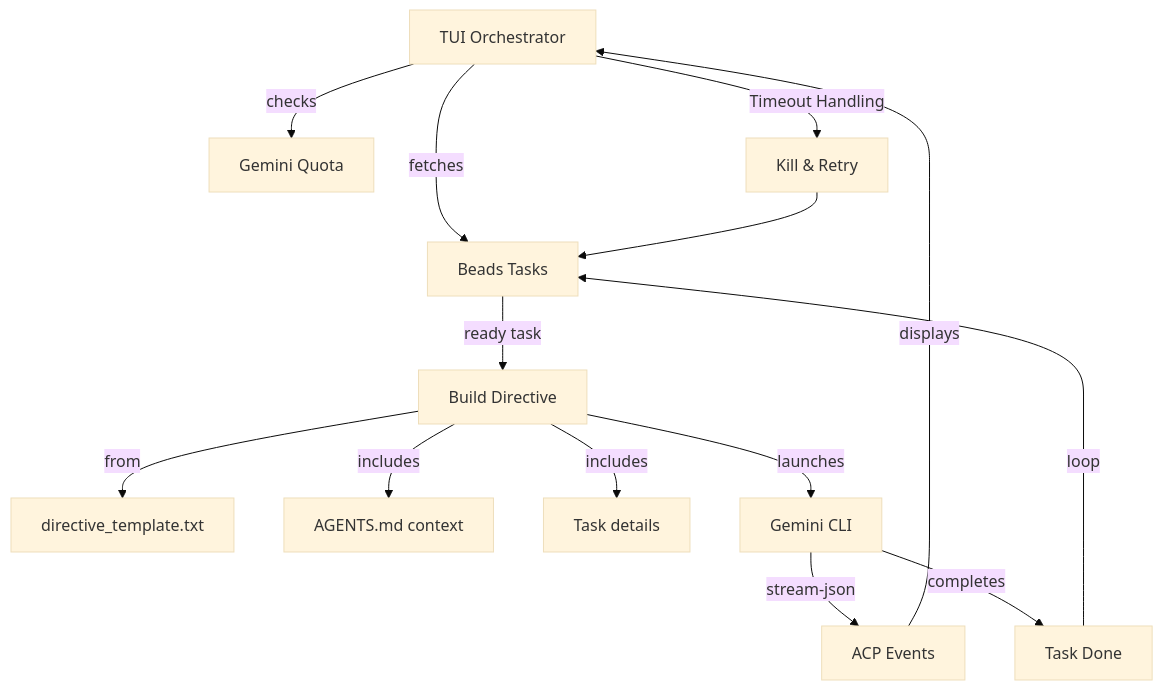
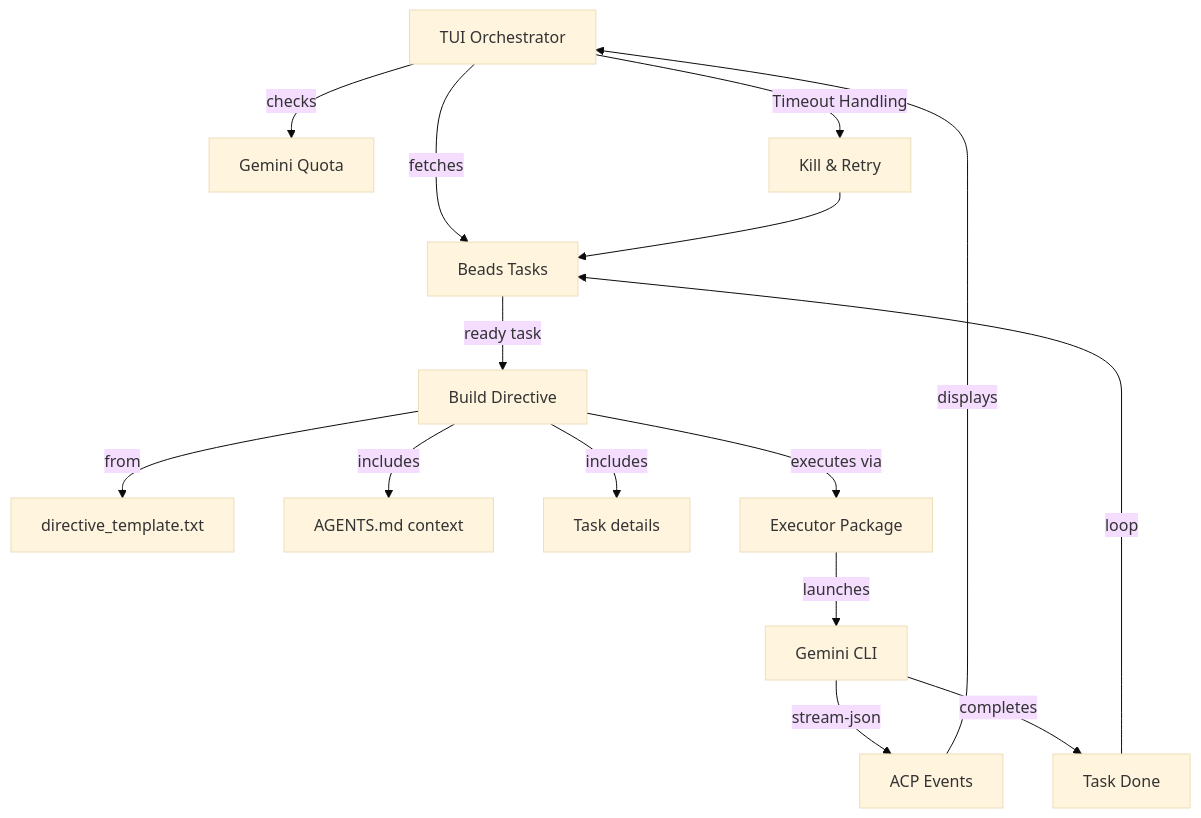
Before and after one commit to bryantinsley/machinator: the diagram in v2-docs/README.md, drawn with Mermaid (base theme). The commit also changed other lines of this file, not shown here.

Commit message:
docs: update v2 README with bazel commands and new architecture details

````diff
--- a/v2-docs/README.md
+++ b/v2-docs/README.md
@@ -54,20 +70,21 @@
 ```mermaid
 graph TD
     A[TUI Orchestrator] -->|fetches| B[Beads Tasks]
     A -->|checks| C[Gemini Quota]
 
     B -->|ready task| D[Build Directive]
     D -->|from| E[directive_template.txt]
     D -->|includes| F[AGENTS.md context]
     D -->|includes| G[Task details]
 
-    D -->|launches| H[Gemini CLI]
+    D -->|executes via| EX[Executor Package]
+    EX -->|launches| H[Gemini CLI]
     H -->|stream-json| I[ACP Events]
     I -->|displays| A
 
     H -->|completes| J[Task Done]
     J -->|loop| B
 
     A -->|Timeout Handling| K[Kill & Retry]
     K --> B
 ```
````
